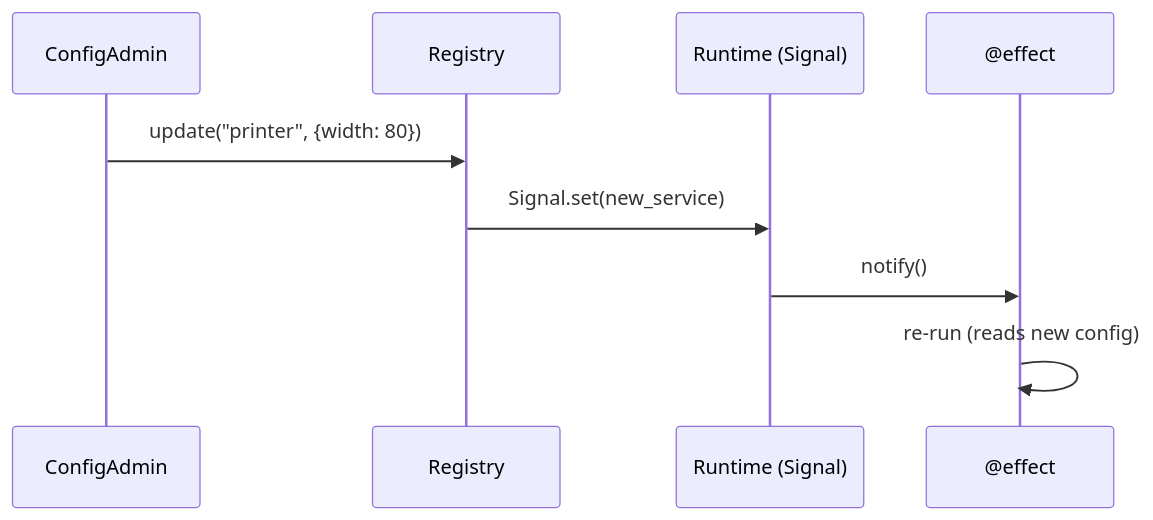
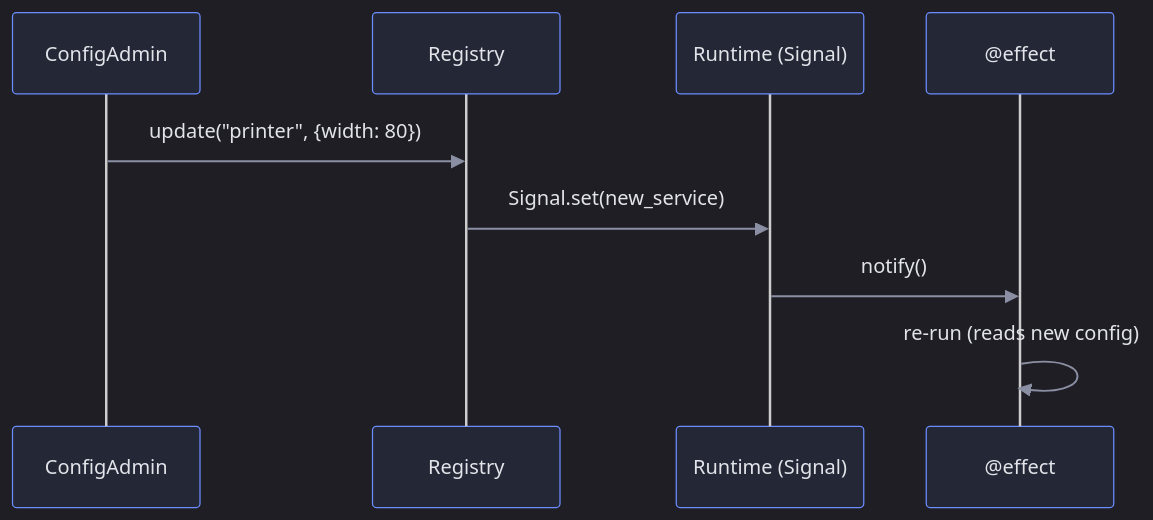
The second of 2 diagrams in docs/concepts/architecture.qmd (bayeslearner/plugkit), drawn with Mermaid before and after one commit. The commit also changed other lines of this file and 3 other files, not shown here.

First line of the commit message:
fix: docs — explain reactive model, fix Mermaid dark theme

````diff
--- a/docs/concepts/architecture.qmd
+++ b/docs/concepts/architecture.qmd
@@ -73,12 +74,13 @@
 ```{mermaid}
+%%{init: {'theme': 'dark', 'themeVariables': {'primaryColor': '#242836', 'primaryTextColor': '#e2e4ea', 'primaryBorderColor': '#6c8cff', 'lineColor': '#8b8fa3', 'secondaryColor': '#1a1d27', 'tertiaryColor': '#1a1d27', 'actorTextColor': '#e2e4ea', 'actorBkg': '#242836', 'actorBorder': '#6c8cff', 'signalColor': '#8b8fa3', 'signalTextColor': '#e2e4ea'}}}%%
 sequenceDiagram
     participant CA as ConfigAdmin
     participant R as Registry
     participant RT as Runtime (Signal)
     participant E as @effect
 
     CA->>R: update("printer", {width: 80})
     R->>RT: Signal.set(new_service)
     RT->>E: notify()
     E->>E: re-run (reads new config)
 ```
````
